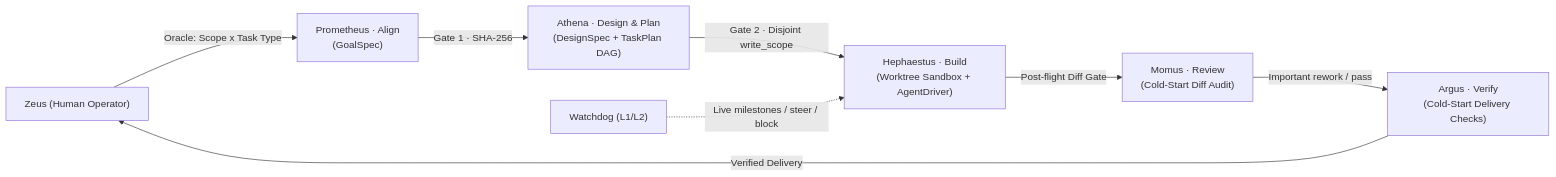
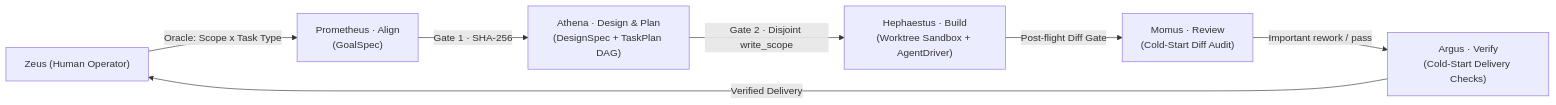
One commit to KADG777/Olympus4SWE changed the diagram in README.md. Above: the diagram before and after it, drawn with Mermaid. The commit also changed other lines of this file and 14 other files, not shown here.

````diff
--- a/README.md
+++ b/README.md
@@ -26,10 +26,9 @@
 ```mermaid
 flowchart LR
     Zeus["Zeus (Human Operator)"] -->|Oracle: Scope x Task Type| Prometheus["Prometheus · Align\n(GoalSpec)"]
     Prometheus -->|Gate 1 · SHA-256| Athena["Athena · Design & Plan\n(DesignSpec + TaskPlan DAG)"]
     Athena -->|Gate 2 · Disjoint write_scope| Hephaestus["Hephaestus · Build\n(Worktree Sandbox + AgentDriver)"]
     Hephaestus -->|Post-flight Diff Gate| Momus["Momus · Review\n(Cold-Start Diff Audit)"]
     Momus -->|Important rework / pass| Argus["Argus · Verify\n(Cold-Start Delivery Checks)"]
     Argus -->|Verified Delivery| Zeus
-    Watchdog["Watchdog (L1/L2)"] -.->|Live milestones / steer / block| Hephaestus
 ```
````
